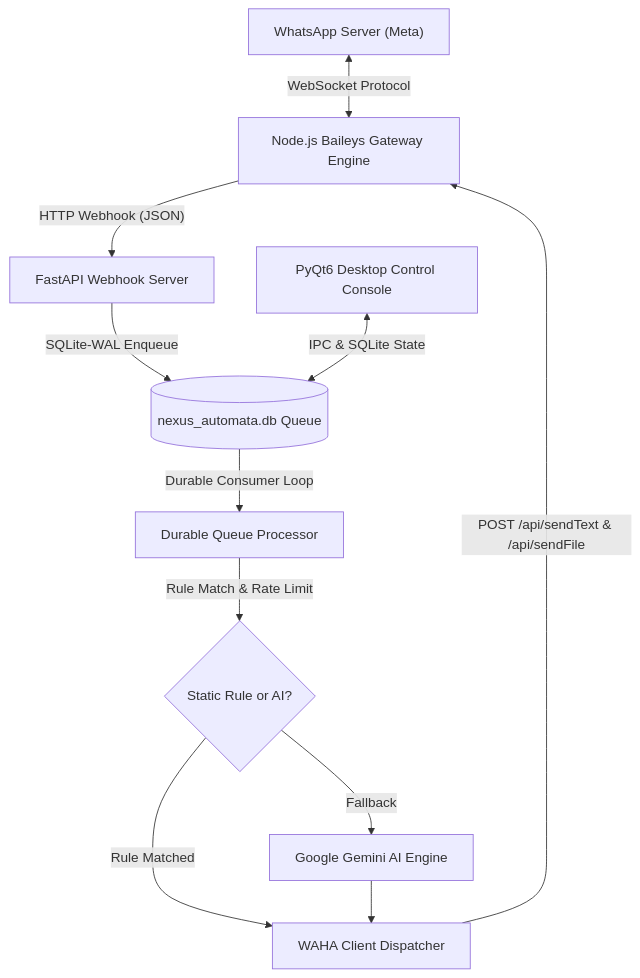
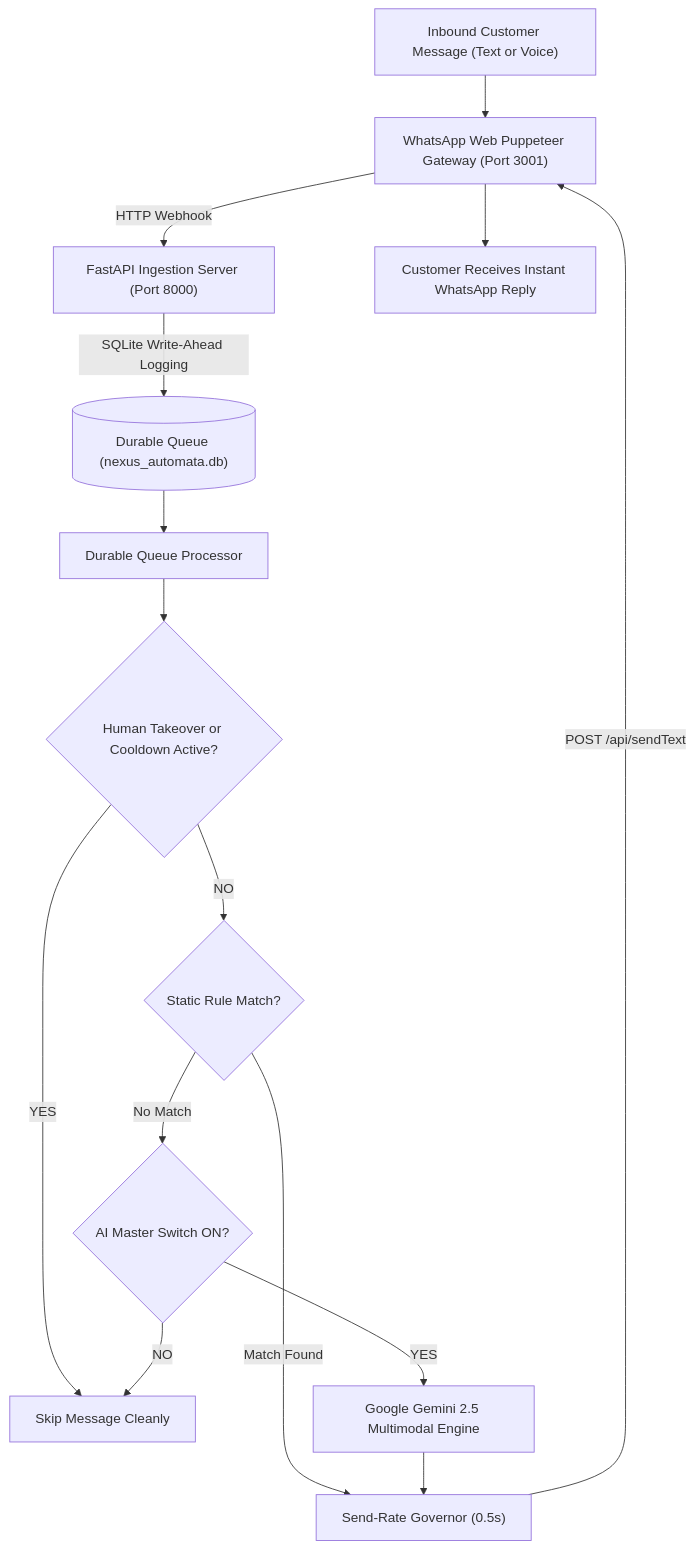
One commit to Daniyal-Rashid-00/whatsapp-automation-multi-account changed the diagram in README.md. Above: the diagram before and after it, drawn with Mermaid. The commit also changed other lines of this file and 19 other files, not shown here.

````diff
--- a/README.md
+++ b/README.md
@@ -49,13 +58,21 @@
 ```mermaid
 graph TD
-    A["WhatsApp Server (Meta)"] <-->|"WebSocket Protocol"| B["Node.js Baileys Gateway Engine"]
-    B -->|"HTTP Webhook (JSON)"| C["FastAPI Webhook Server"]
-    C -->|"SQLite-WAL Enqueue"| D[("nexus_automata.db Queue")]
-    D -->|"Durable Consumer Loop"| E["Durable Queue Processor"]
-    E -->|"Rule Match & Rate Limit"| F{"Static Rule or AI?"}
-    F -->|"Rule Matched"| G["WAHA Client Dispatcher"]
-    F -->|"Fallback"| H["Google Gemini AI Engine"]
-    H --> G
-    G -->|"POST /api/sendText & /api/sendFile"| B
-    I["PyQt6 Desktop Control Console"] <-->|"IPC & SQLite State"| D
+    A["Inbound Customer Message (Text or Voice)"] --> B["WhatsApp Web Puppeteer Gateway (Port 3001)"]
+    B -->|"HTTP Webhook"| C["FastAPI Ingestion Server (Port 8000)"]
+    C -->|"SQLite Write-Ahead Logging"| D[("Durable Queue (nexus_automata.db)")]
+    D --> E["Durable Queue Processor"]
+    
+    E --> F{"Human Takeover or Cooldown Active?"}
+    F -->|"YES"| G["Skip Message Cleanly"]
+    F -->|"NO"| H{"Static Rule Match?"}
+    
+    H -->|"Match Found"| M["Send-Rate Governor (0.5s)"]
+    H -->|"No Match"| K{"AI Master Switch ON?"}
+    
+    K -->|"YES"| L["Google Gemini 2.5 Multimodal Engine"]
+    L --> M
+    K -->|"NO"| G
+    
+    M -->|"POST /api/sendText"| B
+    B --> N["Customer Receives Instant WhatsApp Reply"]
 ```
````
